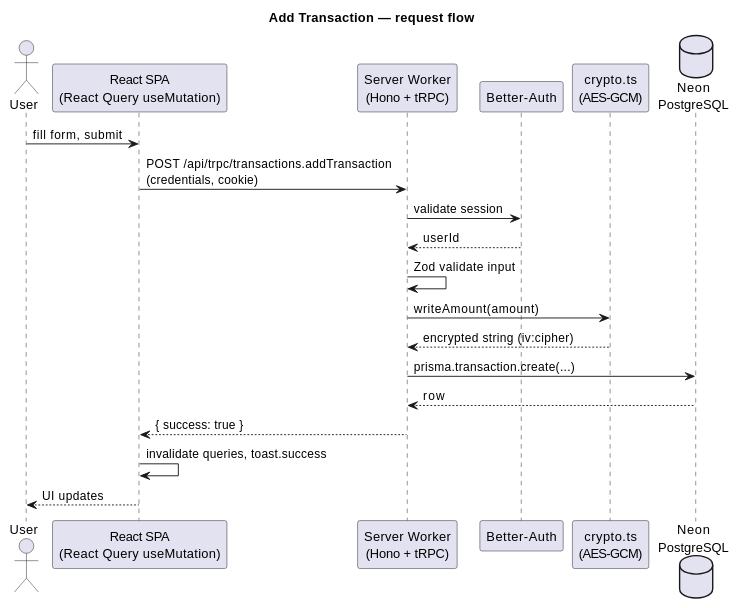
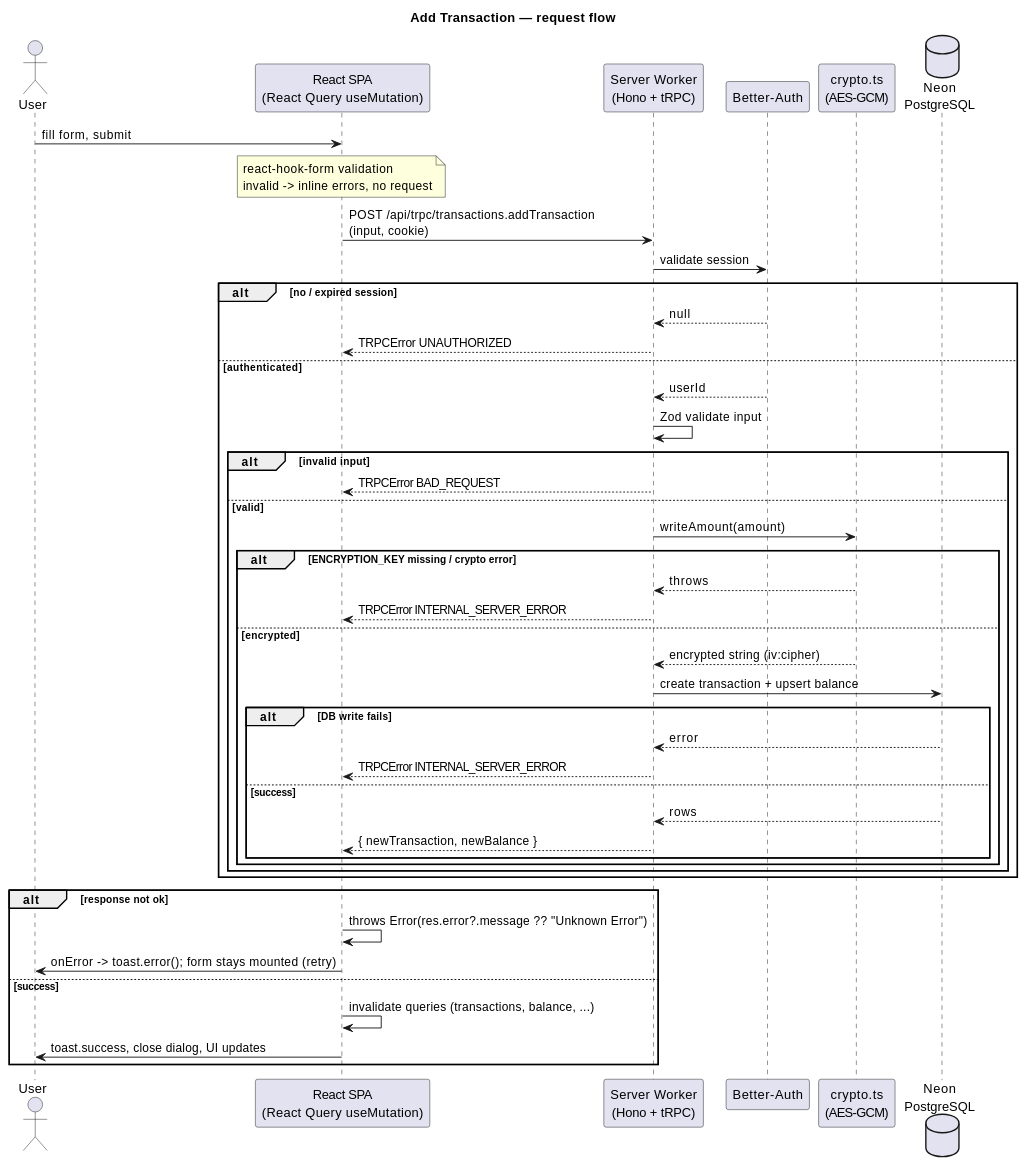
Before and after one commit to Pet3r1512/Zemonie: the fourth of 4 diagrams in SYSTEM_DESIGN.md, drawn with PlantUML. The commit also changed other lines of this file, not shown here.

Commit message:
doc: add error-handling to add-transaction flow diagrams

````diff
--- a/SYSTEM_DESIGN.md
+++ b/SYSTEM_DESIGN.md
@@ -164,25 +193,57 @@
 ```plantuml
 @startuml Zemonie-AddTransaction
 title Add Transaction — request flow
 
 actor User
 participant "React SPA\n(React Query useMutation)" as SPA
 participant "Server Worker\n(Hono + tRPC)" as API
 participant "Better-Auth" as Auth
 participant "crypto.ts\n(AES-GCM)" as Crypto
 database "Neon\nPostgreSQL" as DB
 
 User -> SPA : fill form, submit
-SPA -> API : POST /api/trpc/transactions.addTransaction\n(credentials, cookie)
+
+note over SPA
+  react-hook-form validation
+  invalid -> inline errors, no request
+end note
+
+SPA -> API : POST /api/trpc/transactions.addTransaction\n(input, cookie)
+
 API -> Auth : validate session
-Auth --> API : userId
-API -> API : Zod validate input
-API -> Crypto : writeAmount(amount)
-Crypto --> API : encrypted string (iv:cipher)
-API -> DB : prisma.transaction.create(...)
-DB --> API : row
-API --> SPA : { success: true }
-SPA -> SPA : invalidate queries, toast.success
-SPA --> User : UI updates
+alt no / expired session
+  Auth --> API : null
+  API --> SPA : TRPCError UNAUTHORIZED
+else authenticated
+  Auth --> API : userId
+  API -> API : Zod validate input
+  alt invalid input
+    API --> SPA : TRPCError BAD_REQUEST
+  else valid
+    API -> Crypto : writeAmount(amount)
+    alt ENCRYPTION_KEY missing / crypto error
+      Crypto --> API : throws
+      API --> SPA : TRPCError INTERNAL_SERVER_ERROR
+    else encrypted
+      Crypto --> API : encrypted string (iv:cipher)
+      API -> DB : create transaction + upsert balance
+      alt DB write fails
+        DB --> API : error
+        API --> SPA : TRPCError INTERNAL_SERVER_ERROR
+      else success
+        DB --> API : rows
+        API --> SPA : { newTransaction, newBalance }
+      end
+    end
+  end
+end
+
+alt response not ok
+  SPA -> SPA : throws Error(res.error?.message ?? "Unknown Error")
+  SPA -> User : onError -> toast.error(); form stays mounted (retry)
+else success
+  SPA -> SPA : invalidate queries (transactions, balance, ...)
+  SPA -> User : toast.success, close dialog, UI updates
+end
 @enduml
 ```
````
